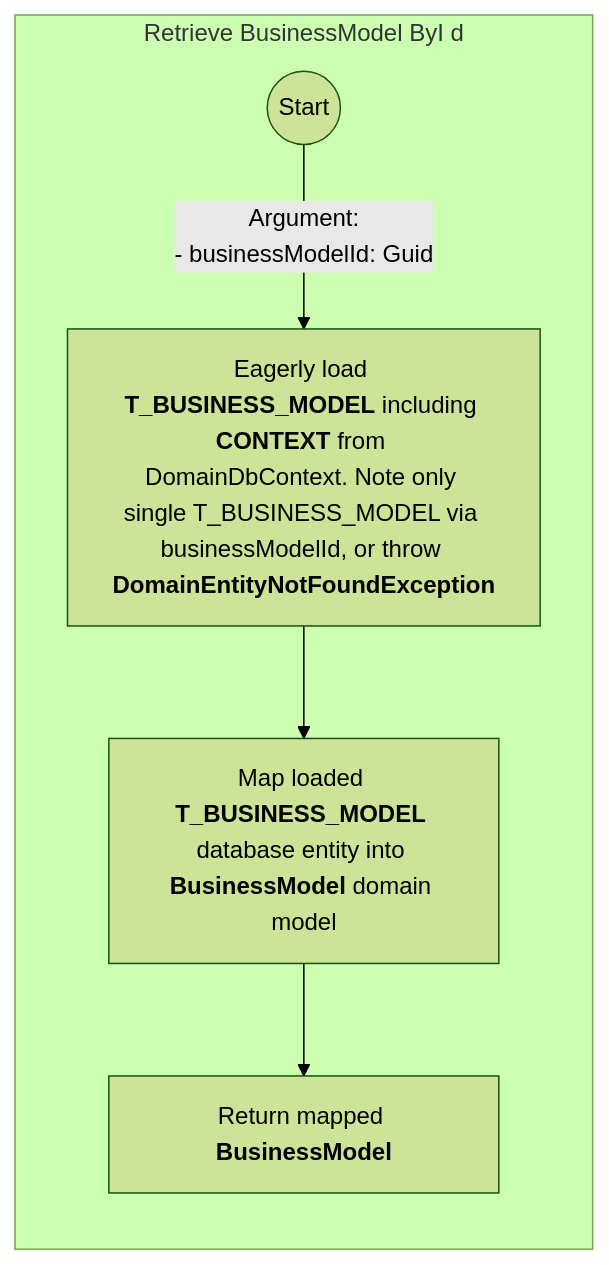
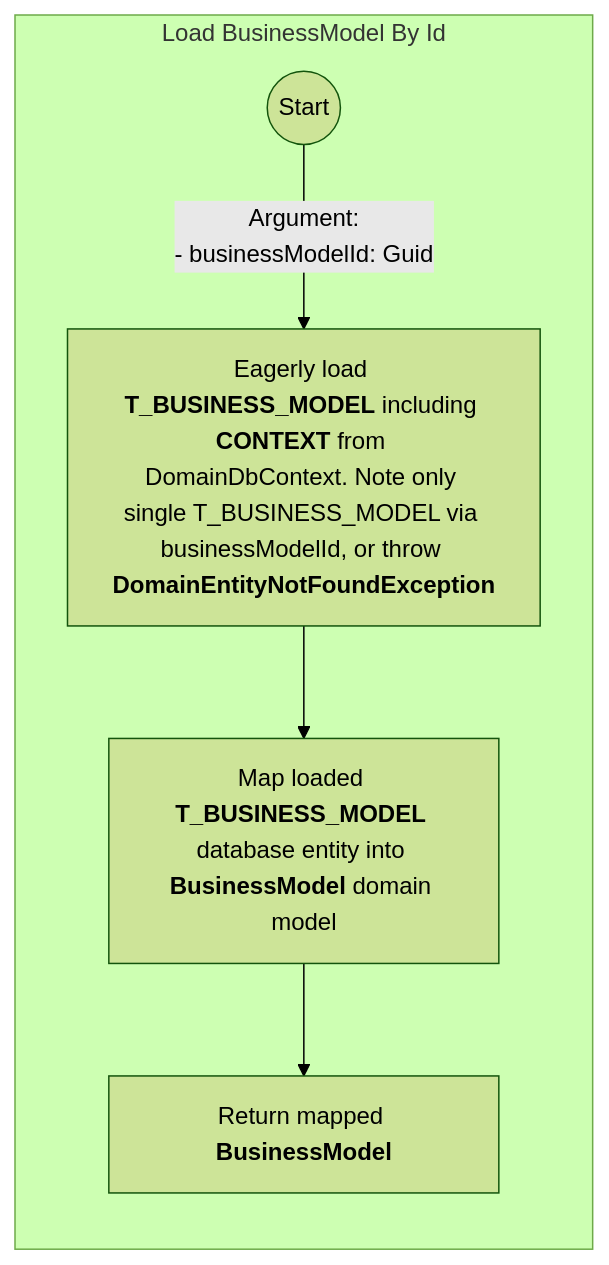
One commit to sdlfly2000/DomainBasedDesigner changed the first of 2 diagrams in AI/Repository/BusinessModelRepository.md. Above: the diagram before and after it, drawn with Mermaid (forest theme). The commit also changed other lines of this file and 12 other files, not shown here.

Commit message:
Add BusinessModelAppService

````diff
--- a/AI/Repository/BusinessModelRepository.md
+++ b/AI/Repository/BusinessModelRepository.md
@@ -32,11 +32,11 @@
     ```mermaid
         graph TB
-            subgraph main [Retrieve BusinessModel ByI d]
+            subgraph main [Load BusinessModel By Id]
                 direction TB
                 start(("Start")) -->
                 |Argument: 
                 - businessModelId: Guid| LoadByIdFromDb["`Eagerly load **T_BUSINESS_MODEL** including **CONTEXT** from DomainDbContext. Note only single T_BUSINESS_MODEL via businessModelId, or throw **DomainEntityNotFoundException**`"] -->
                 MapToBusniessModelDoaminModel["`Map loaded **T_BUSINESS_MODEL** database entity into **BusinessModel** domain model`"] -->
                 return["`Return mapped **BusinessModel**`"]
             end
     ```
````
